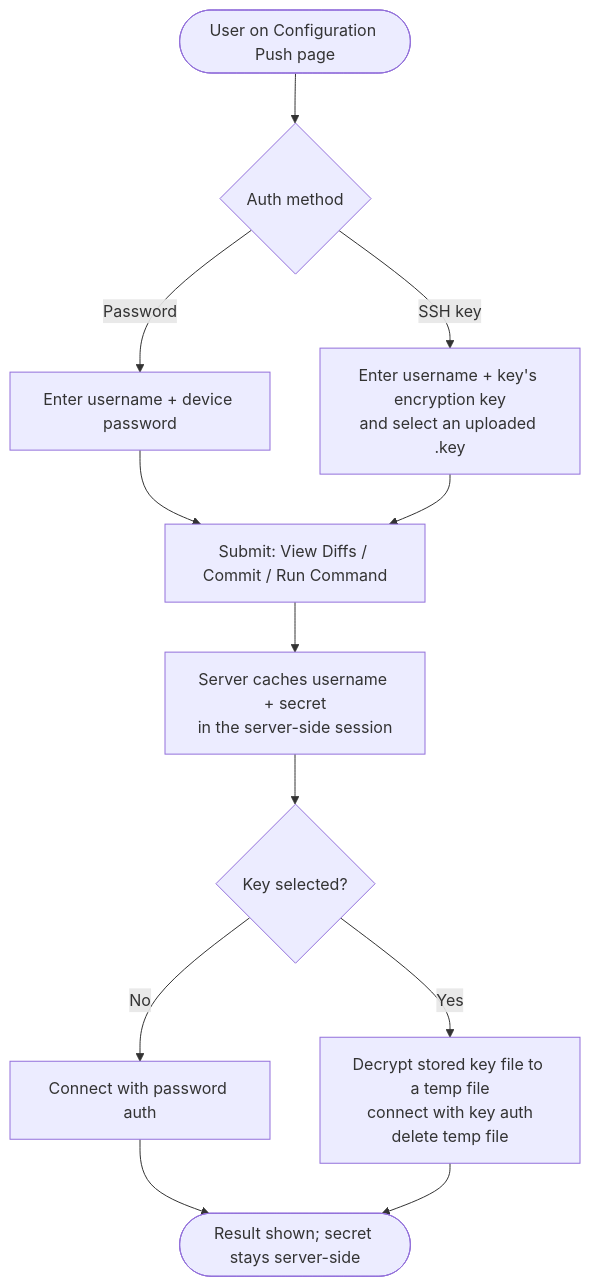
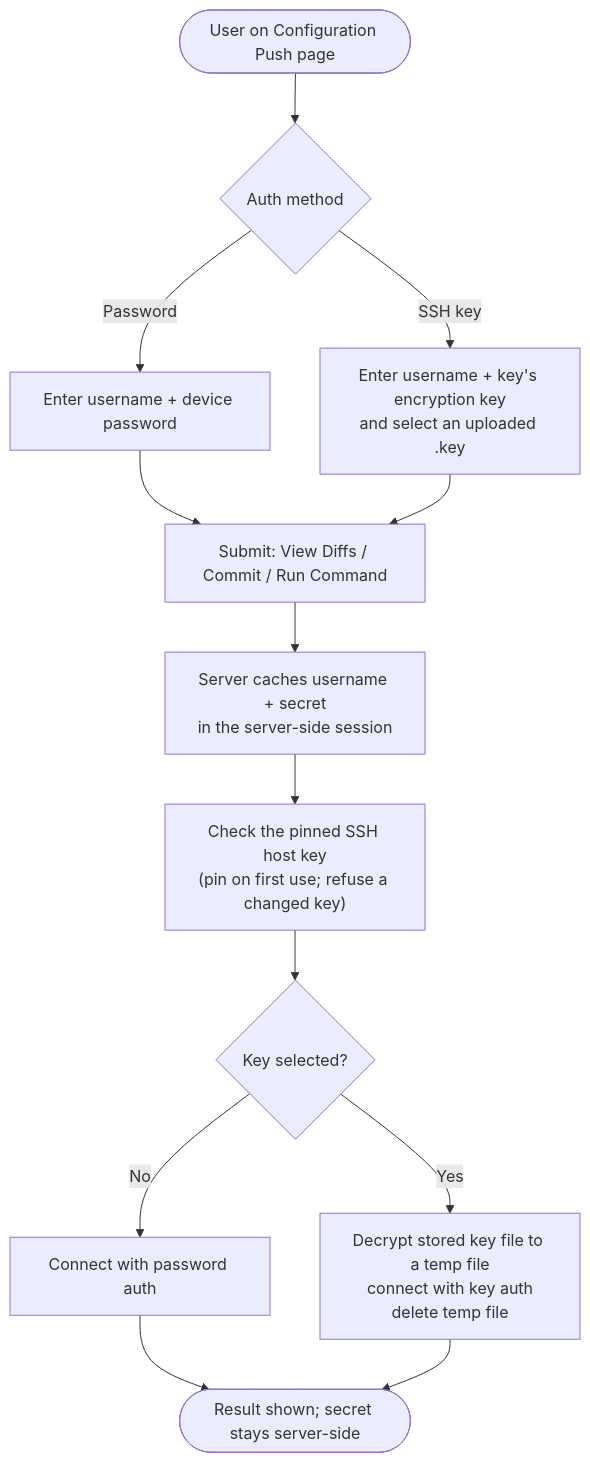
Before and after one commit to ibehren1/fw-gui: the first of 5 diagrams in docs/ssh-credential-handling.md, drawn with Mermaid. The commit also changed other lines of this file and 3 other files, not shown here.

````diff
--- a/docs/ssh-credential-handling.md
+++ b/docs/ssh-credential-handling.md
@@ -37,14 +40,15 @@
 ```mermaid
 flowchart TD
     U(["User on Configuration Push page"]) --> M{"Auth method"}
     M -->|Password| P["Enter username + device password"]
     M -->|SSH key| K["Enter username + key's encryption key<br/>and select an uploaded .key"]
     P --> A["Submit: View Diffs / Commit / Run Command"]
     K --> A
     A --> S["Server caches username + secret<br/>in the server-side session"]
-    S --> C{"Key selected?"}
+    S --> H["Check the pinned SSH host key<br/>(pin on first use; refuse a changed key)"]
+    H --> C{"Key selected?"}
     C -->|No| PW["Connect with password auth"]
     C -->|Yes| DEC["Decrypt stored key file to a temp file<br/>connect with key auth<br/>delete temp file"]
     PW --> R(["Result shown; secret stays server-side"])
     DEC --> R
 ```
````
